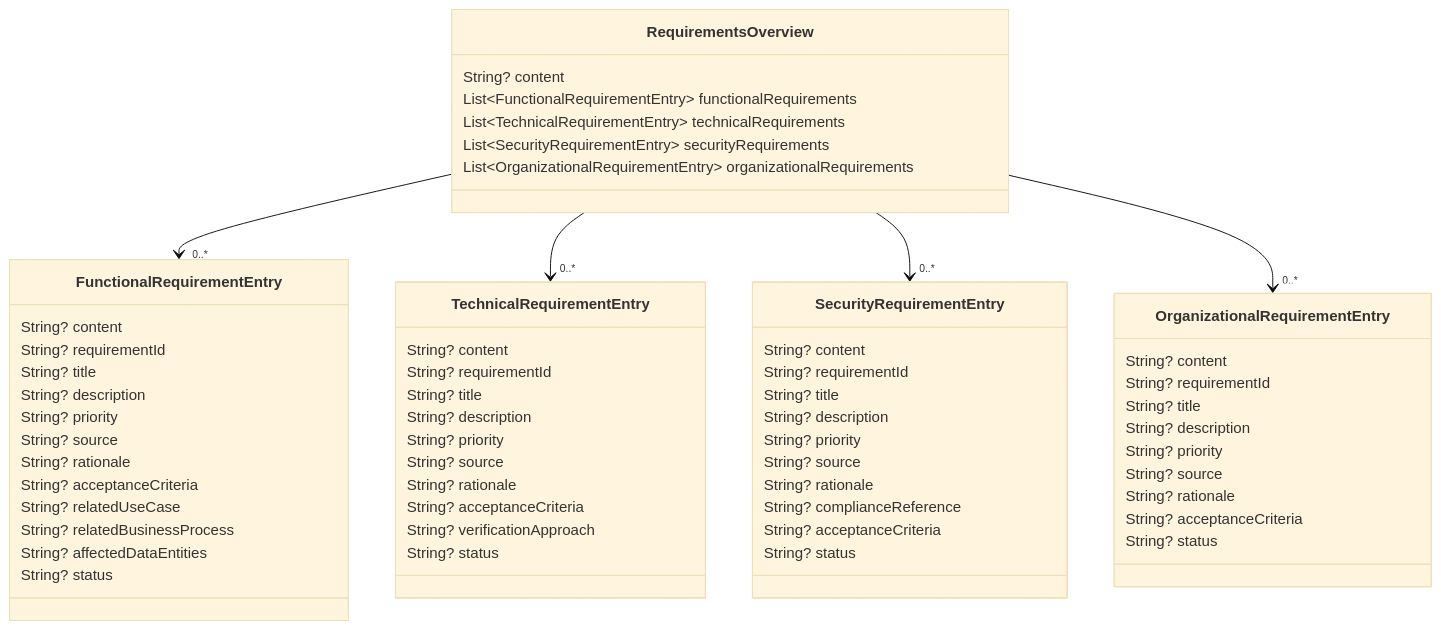
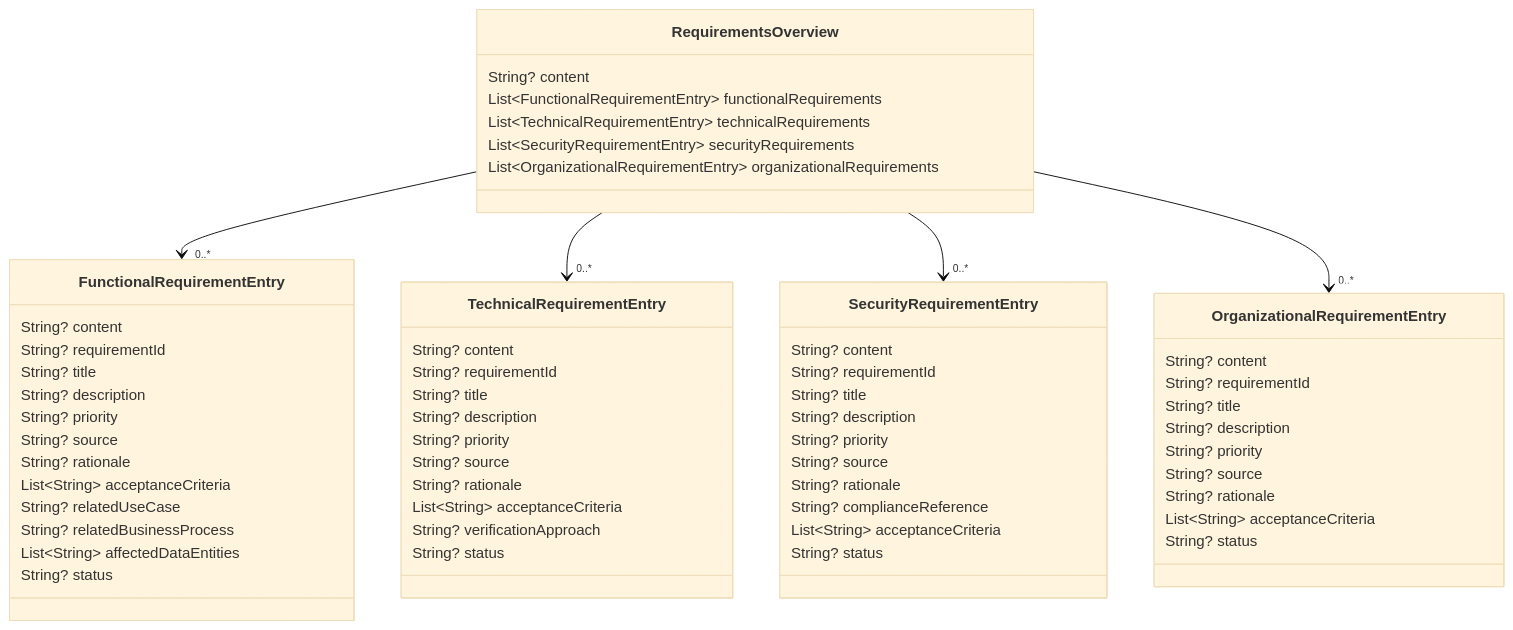
The eighth of 22 diagrams in tom_specs_model/doc/pd_project_definition_model.md (al-the-bear/tom_ai_build), drawn with Mermaid (base theme) before and after one commit. The commit also changed other lines of this file and 15 other files, not shown here.

````diff
--- a/tom_specs_model/doc/pd_project_definition_model.md
+++ b/tom_specs_model/doc/pd_project_definition_model.md
@@ -493,68 +587,68 @@
 ```mermaid
 classDiagram
     class RequirementsOverview {
         String? content
         List~FunctionalRequirementEntry~ functionalRequirements
         List~TechnicalRequirementEntry~ technicalRequirements
         List~SecurityRequirementEntry~ securityRequirements
         List~OrganizationalRequirementEntry~ organizationalRequirements
     }
 
     class FunctionalRequirementEntry {
         String? content
         String? requirementId
         String? title
         String? description
         String? priority
         String? source
         String? rationale
-        String? acceptanceCriteria
+        List~String~ acceptanceCriteria
         String? relatedUseCase
         String? relatedBusinessProcess
-        String? affectedDataEntities
+        List~String~ affectedDataEntities
         String? status
     }
 
     class TechnicalRequirementEntry {
         String? content
         String? requirementId
         String? title
         String? description
         String? priority
         String? source
         String? rationale
-        String? acceptanceCriteria
+        List~String~ acceptanceCriteria
         String? verificationApproach
         String? status
     }
 
     class SecurityRequirementEntry {
         String? content
         String? requirementId
         String? title
         String? description
         String? priority
         String? source
         String? rationale
         String? complianceReference
-        String? acceptanceCriteria
+        List~String~ acceptanceCriteria
         String? status
     }
 
     class OrganizationalRequirementEntry {
         String? content
         String? requirementId
         String? title
         String? description
         String? priority
         String? source
         String? rationale
-        String? acceptanceCriteria
+        List~String~ acceptanceCriteria
         String? status
     }
 
     RequirementsOverview --> "0..*" FunctionalRequirementEntry
     RequirementsOverview --> "0..*" TechnicalRequirementEntry
     RequirementsOverview --> "0..*" SecurityRequirementEntry
     RequirementsOverview --> "0..*" OrganizationalRequirementEntry
 ```
````
